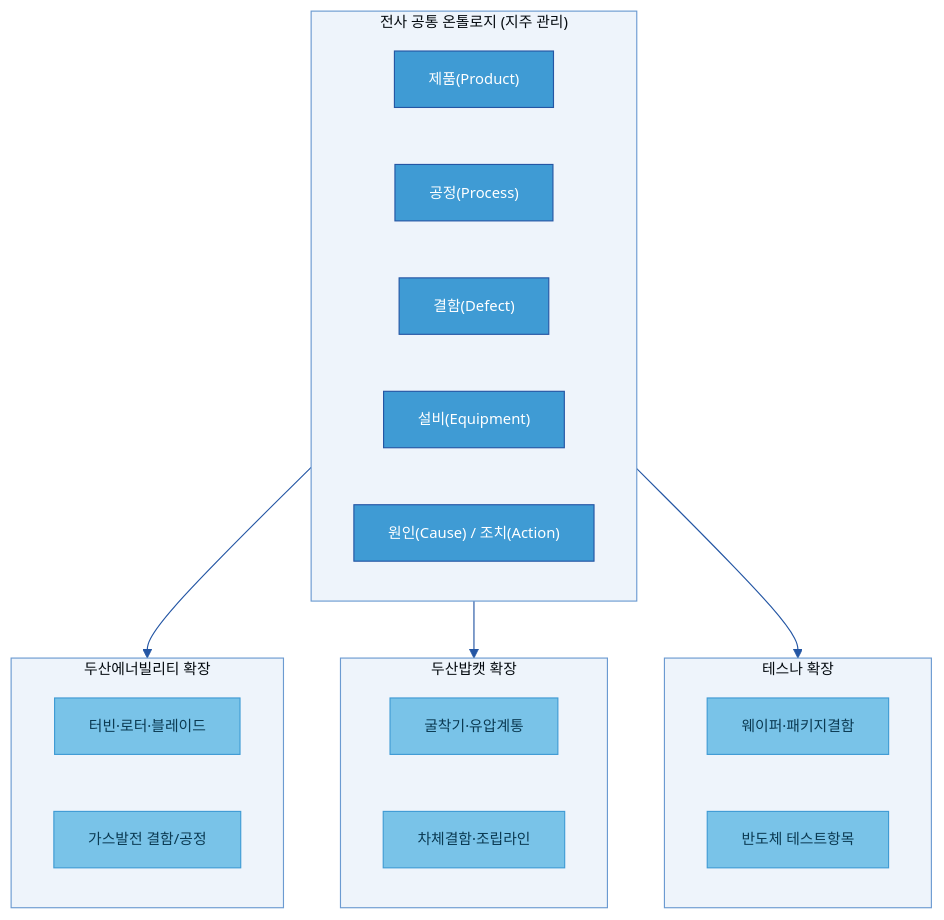
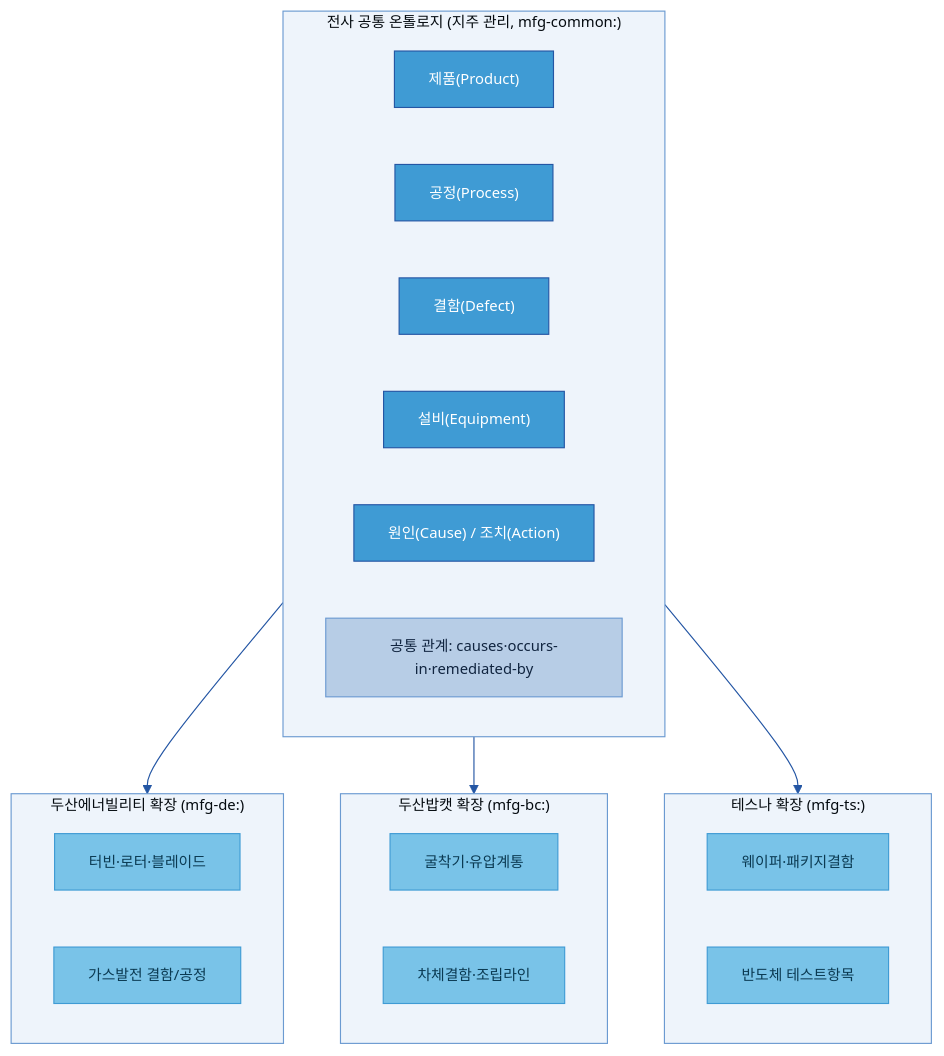
The third of 11 diagrams in 가이드 작성/B-3 온톨로지/B-3 온톨로지.md (jin-kearney/ai-ready-data-manual), drawn with Mermaid before and after one commit. The commit also changed other lines of this file and 2 other files, not shown here.

First line of the commit message:
docs(B-3): 온톨로지 한국어 가이드 v0.3 — 영문 파이프라인(guide.en.md) 흡수 버전업

````diff
--- a/가이드 작성/B-3 온톨로지/B-3 온톨로지.md
+++ b/가이드 작성/B-3 온톨로지/B-3 온톨로지.md
@@ -237,32 +308,33 @@
 ```mermaid
 %%{init: {'theme':'base','themeVariables':{'primaryColor':'#DCE8F5','primaryBorderColor':'#2456A4','primaryTextColor':'#10243f','lineColor':'#2456A4','clusterBkg':'#EEF4FB','clusterBorder':'#6B9AD1','fontSize':'13px'}}}%%
 flowchart TB
-    subgraph COMMON["전사 공통 온톨로지 (지주 관리)"]
+    subgraph COMMON["전사 공통 온톨로지 (지주 관리, mfg-common:)"]
         CP["제품(Product)"]:::gate
         CC["공정(Process)"]:::gate
         CD["결함(Defect)"]:::gate
         CE["설비(Equipment)"]:::gate
         CA["원인(Cause) / 조치(Action)"]:::gate
+        CR["공통 관계: causes·occurs-in·remediated-by"]:::n
     end
-    subgraph ENBL["두산에너빌리티 확장"]
+    subgraph ENBL["두산에너빌리티 확장 (mfg-de:)"]
         E1["터빈·로터·블레이드"]:::src
         E2["가스발전 결함/공정"]:::src
     end
-    subgraph BOB["두산밥캣 확장"]
+    subgraph BOB["두산밥캣 확장 (mfg-bc:)"]
         B1["굴착기·유압계통"]:::src
         B2["차체결함·조립라인"]:::src
     end
-    subgraph TESNA["테스나 확장"]
+    subgraph TESNA["테스나 확장 (mfg-ts:)"]
         T1["웨이퍼·패키지결함"]:::src
         T2["반도체 테스트항목"]:::src
     end
     COMMON --> ENBL
     COMMON --> BOB
     COMMON --> TESNA
 
     classDef n fill:#B7CDE6,stroke:#6B9AD1,color:#10243f;
     classDef src fill:#79C3E8,stroke:#3F9BD4,color:#0b3a52;
     classDef gate fill:#3F9BD4,stroke:#2456A4,color:#fff;
     classDef cat fill:#2456A4,color:#fff,stroke:#163a73,stroke-width:2px;
     classDef loop fill:#4FA47D,stroke:#2f6b50,color:#fff;
 ```
````
